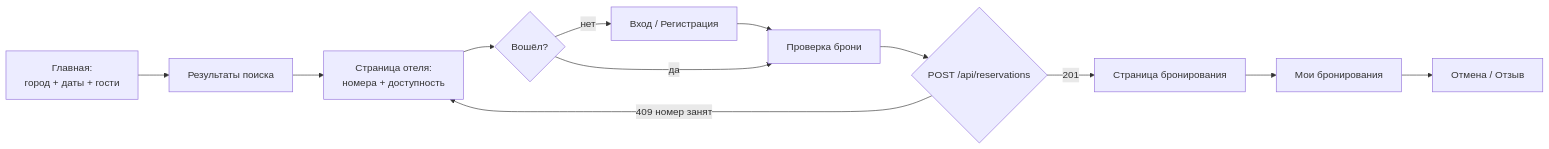
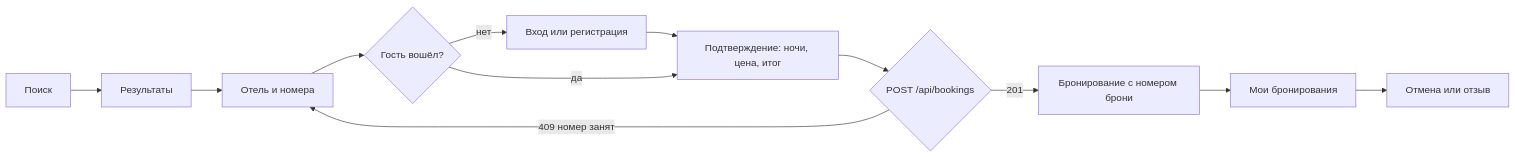
Before and after one commit to Murodzon/staybook: the ninth of 9 diagrams in Technical_Design.md, drawn with Mermaid. The commit also changed other lines of this file, not shown here.

````diff
--- a/Technical_Design.md
+++ b/Technical_Design.md
@@ -1977,13 +1515,11 @@
 ```mermaid
 flowchart LR
-    H["Главная:<br/>город + даты + гости"] --> S["Результаты поиска"]
-    S --> T["Страница отеля:<br/>номера + доступность"]
-    T --> L{"Вошёл?"}
-    L -- нет --> LG["Вход / Регистрация"] --> R
-    L -- да --> R["Проверка брони"]
-    R --> C{"POST /api/reservations"}
-    C -- 201 --> TK["Страница бронирования"]
-    C -- 409 номер занят --> T
-    TK --> MT["Мои бронирования"]
-    MT --> CN["Отмена / Отзыв"]
+    S["Поиск"] --> R["Результаты"] --> H["Отель и номера"]
+    H --> L{"Гость вошёл?"}
+    L -- нет --> SI["Вход или регистрация"] --> C
+    L -- да --> C["Подтверждение: ночи, цена, итог"]
+    C --> P{"POST /api/bookings"}
+    P -- "201" --> B["Бронирование с номером брони"]
+    P -- "409 номер занят" --> H
+    B --> MB["Мои бронирования"] --> X["Отмена или отзыв"]
 ```
````
